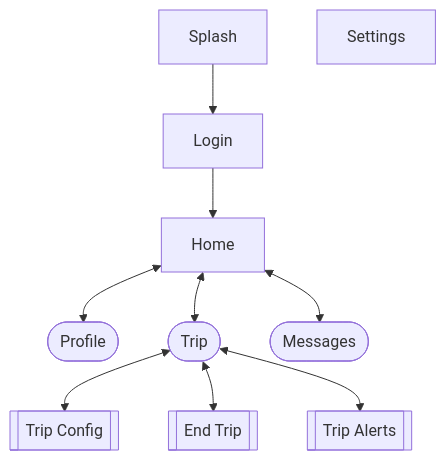
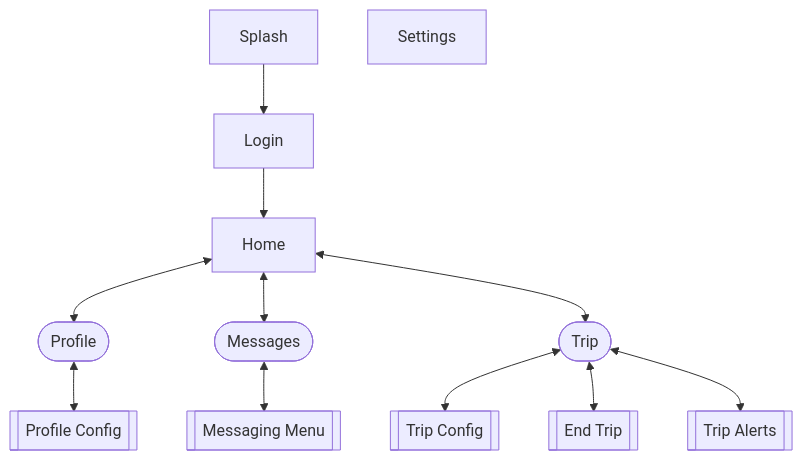
The first of 4 diagrams in specs/docs/diseno/sitio.md (simovilab/databus-app), drawn with Mermaid before and after one commit.

Commit message:
Actualización del diagrama de flujo y diseño

````diff
--- a/specs/docs/diseno/sitio.md
+++ b/specs/docs/diseno/sitio.md
@@ -24,23 +24,27 @@
 ```mermaid
 flowchart TD
     S[Splash]
     L[Login]
     H[Home]
     P([Profile])
     T([Trip])
     M([Messages])
     C[[Trip Config]]
     E[[End Trip]]
     A[[Trip Alerts]]
     G[Settings]
+    MM[[Messaging Menu]]
+    PM[[Profile Config]]
 
     S --> L
     L --> H
     H <--> P
     H <--> M
     H <--> T
     T <--> C
     T <--> E
     T <--> A
+    M <--> MM
+    P <--> PM
 
 ```
````
